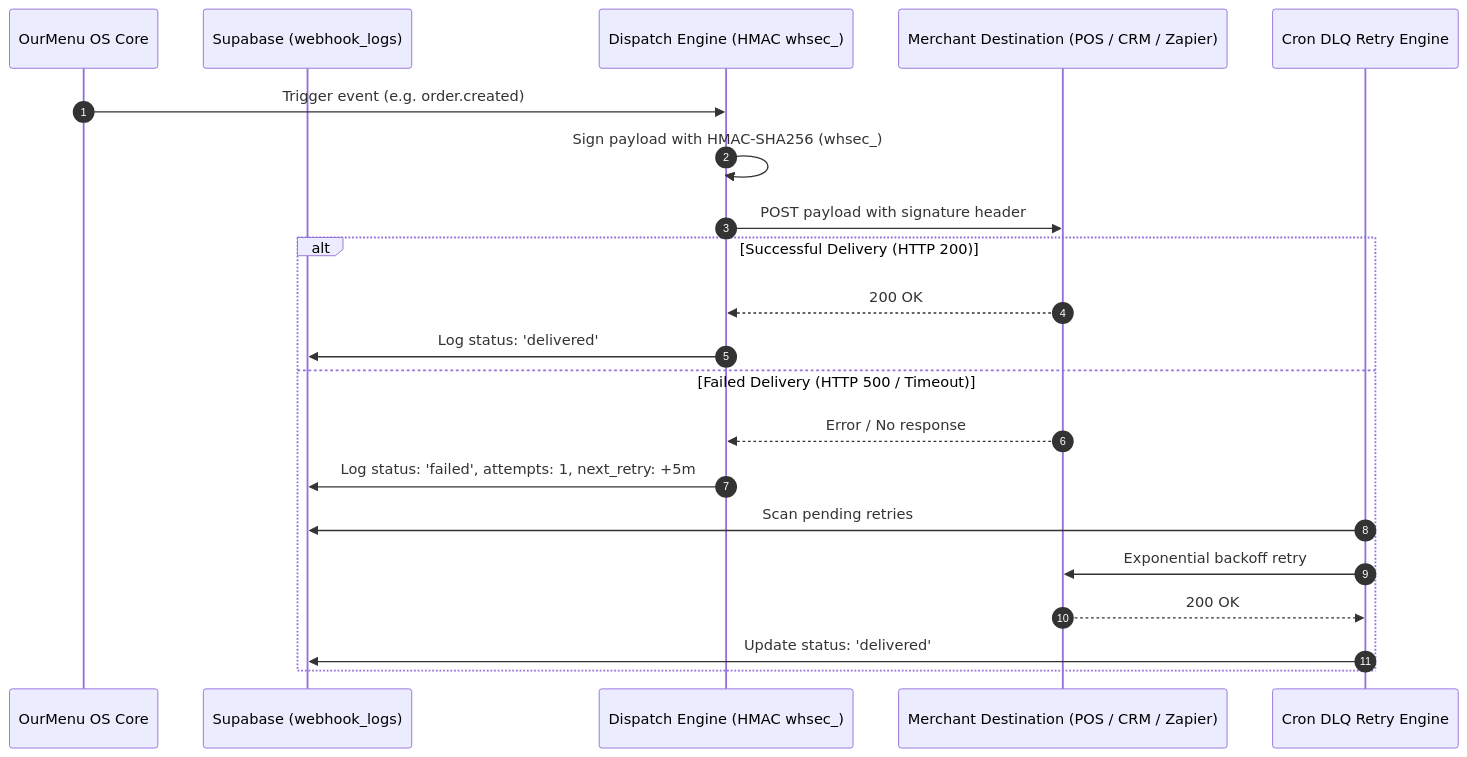
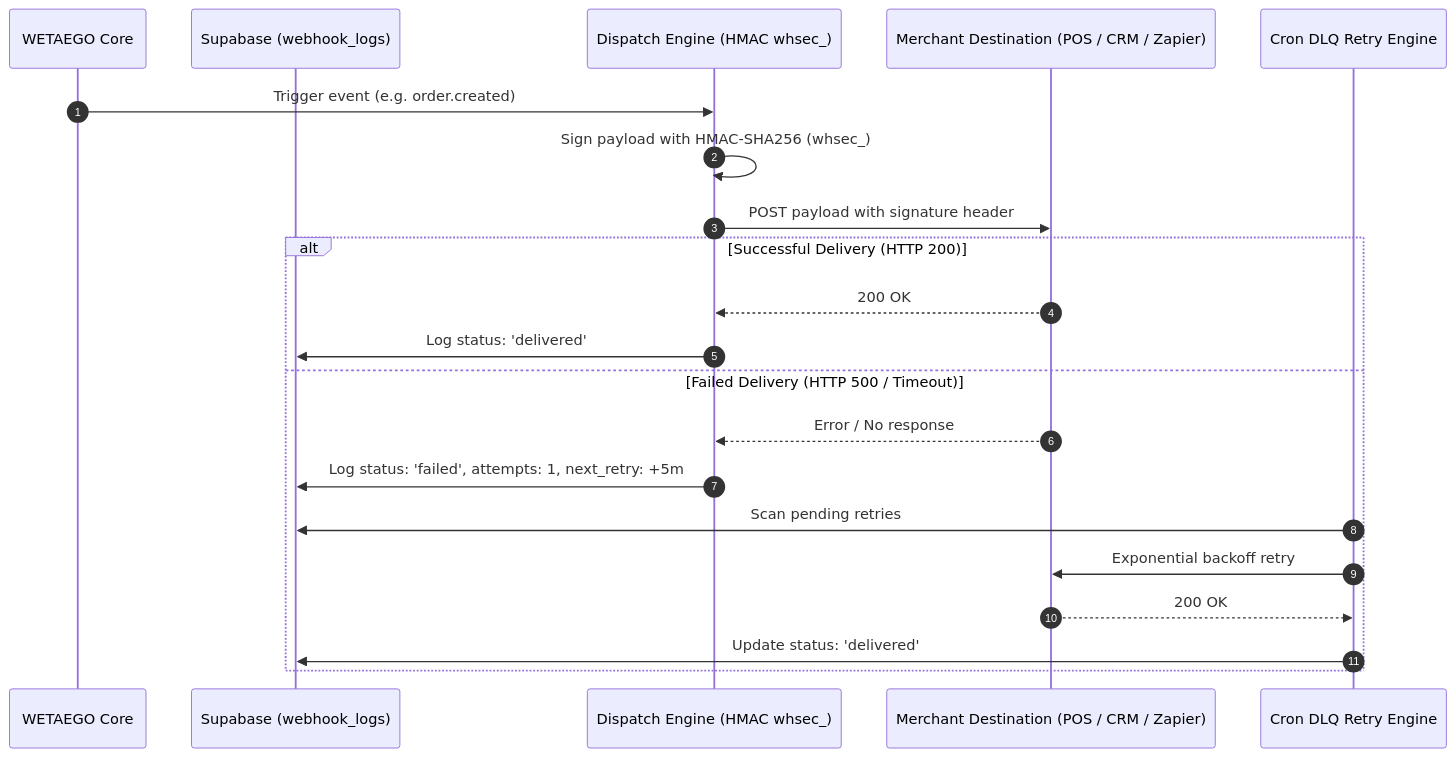
The diagram in docs/architecture/integrations.md (Kryptopacy/wetaego), drawn with Mermaid before and after one commit. The commit also changed other lines of this file and 29 other files, not shown here.

````diff
--- a/docs/architecture/integrations.md
+++ b/docs/architecture/integrations.md
@@ -9,24 +9,24 @@
 ```mermaid
 sequenceDiagram
     autonumber
-    participant App as OurMenu OS Core
+    participant App as WETAEGO Core
     participant DB as Supabase (webhook_logs)
     participant Edge as Dispatch Engine (HMAC whsec_)
     participant Dest as Merchant Destination (POS / CRM / Zapier)
     participant Cron as Cron DLQ Retry Engine
 
     App->>Edge: Trigger event (e.g. order.created)
     Edge->>Edge: Sign payload with HMAC-SHA256 (whsec_)
     Edge->>Dest: POST payload with signature header
     alt Successful Delivery (HTTP 200)
         Dest-->>Edge: 200 OK
         Edge->>DB: Log status: 'delivered'
     else Failed Delivery (HTTP 500 / Timeout)
         Dest-->>Edge: Error / No response
         Edge->>DB: Log status: 'failed', attempts: 1, next_retry: +5m
         Cron->>DB: Scan pending retries
         Cron->>Dest: Exponential backoff retry
         Dest-->>Cron: 200 OK
         Cron->>DB: Update status: 'delivered'
     end
 ```
````
